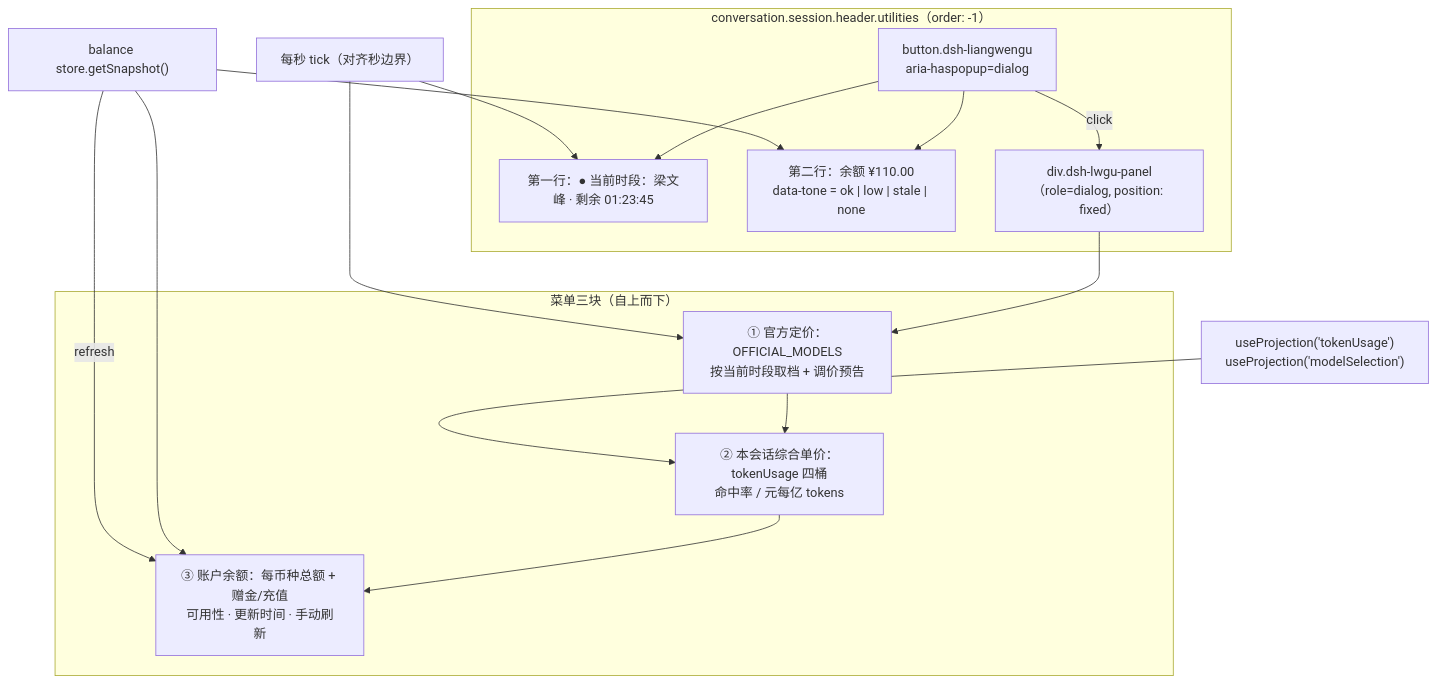
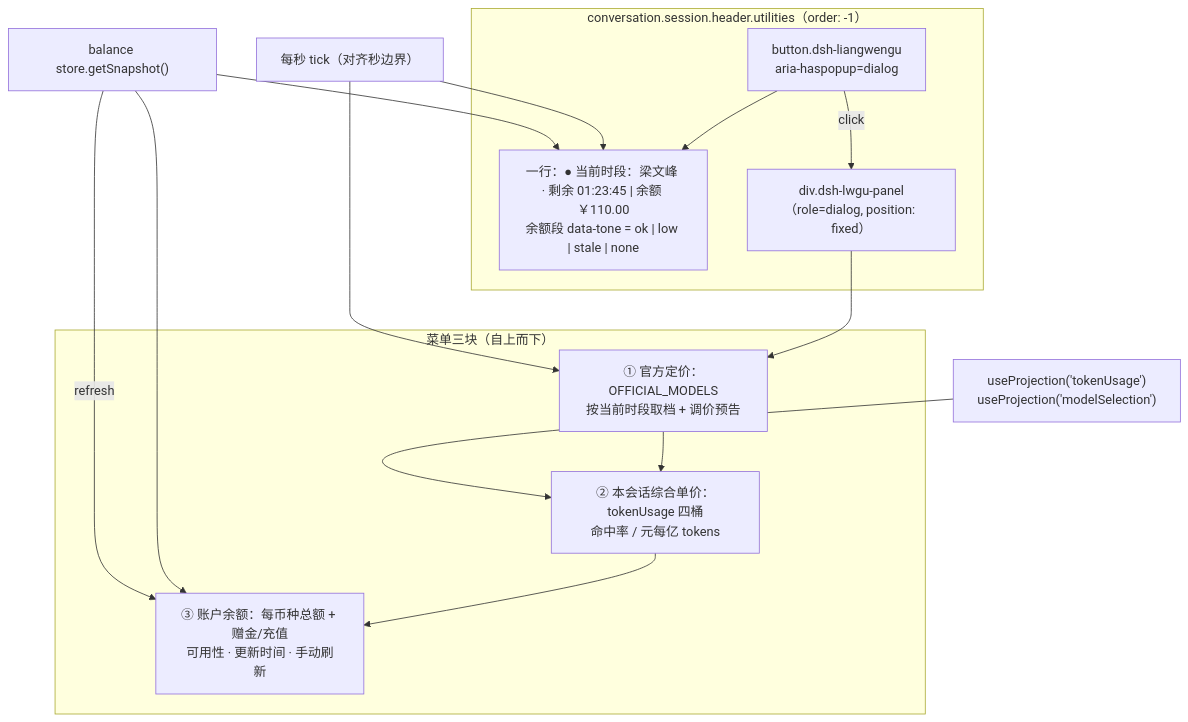
The third of 4 diagrams in docs/architecture.md (VinciBeans/deepseek-plugin-liangwengu), drawn with Mermaid before and after one commit. The commit also changed other lines of this file and 10 other files, not shown here.

````diff
--- a/docs/architecture.md
+++ b/docs/architecture.md
@@ -145,27 +145,25 @@
 ```mermaid
 flowchart TB
   subgraph Slot["conversation.session.header.utilities（order: -1）"]
     Badge["button.dsh-liangwengu<br/>aria-haspopup=dialog"]
-    Line1["第一行：● 当前时段：梁文峰 · 剩余 01:23:45"]
-    Line2["第二行：余额 ¥110.00<br/>data-tone = ok | low | stale | none"]
+    Line["一行：● 当前时段：梁文峰 · 剩余 01:23:45 | 余额 ￥110.00<br/>余额段 data-tone = ok | low | stale | none"]
     Panel["div.dsh-lwgu-panel（role=dialog, position: fixed）"]
-    Badge --> Line1
-    Badge --> Line2
+    Badge --> Line
     Badge -->|click| Panel
   end
 
   subgraph PanelBlocks["菜单三块（自上而下）"]
     P1["① 官方定价：OFFICIAL_MODELS<br/>按当前时段取档 + 调价预告"]
     P2["② 本会话综合单价：tokenUsage 四桶<br/>命中率 / 元每亿 tokens"]
     P3["③ 账户余额：每币种总额 + 赠金/充值<br/>可用性 · 更新时间 · 手动刷新"]
     P1 --> P2 --> P3
   end
   Panel --> P1
 
-  Tick["每秒 tick（对齐秒边界）"] --> Line1
+  Tick["每秒 tick（对齐秒边界）"] --> Line
   Tick --> P1
   Projections["useProjection('tokenUsage')<br/>useProjection('modelSelection')"] --> P2
-  Store["balance store.getSnapshot()"] --> Line2
+  Store["balance store.getSnapshot()"] --> Line
   Store --> P3
   Store -->|refresh| P3
 ```
````
